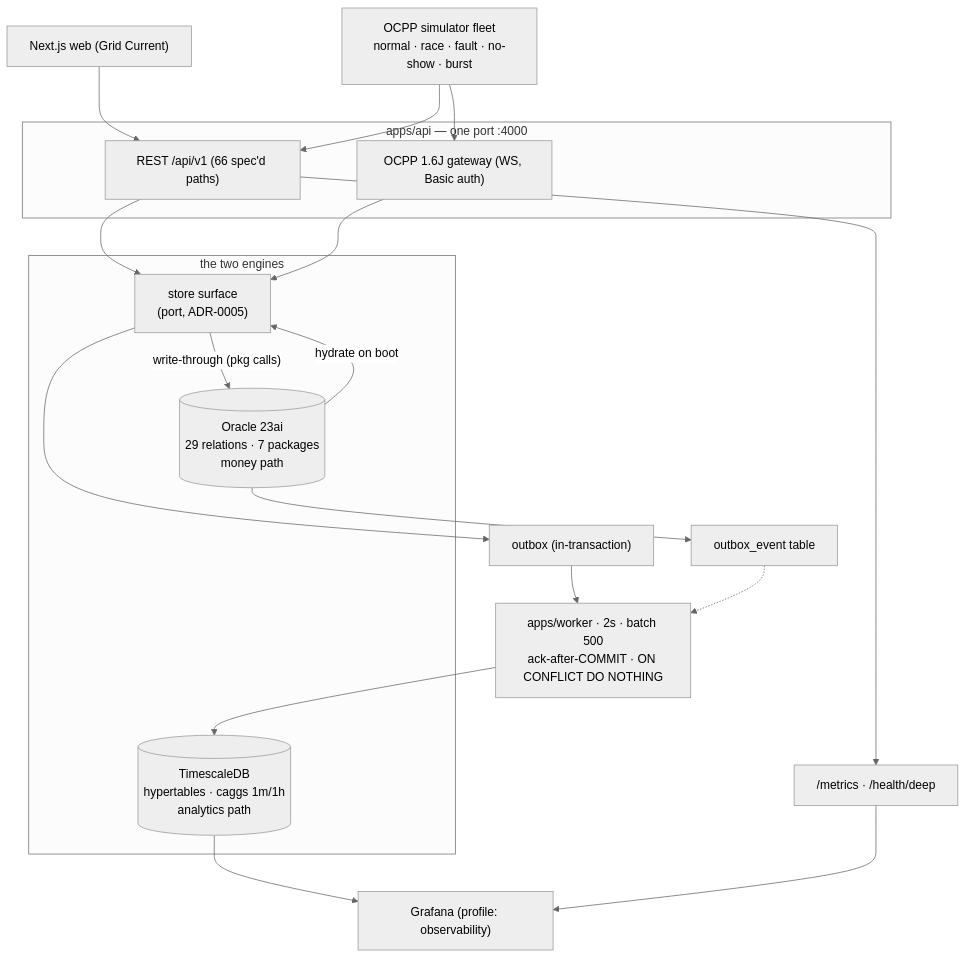
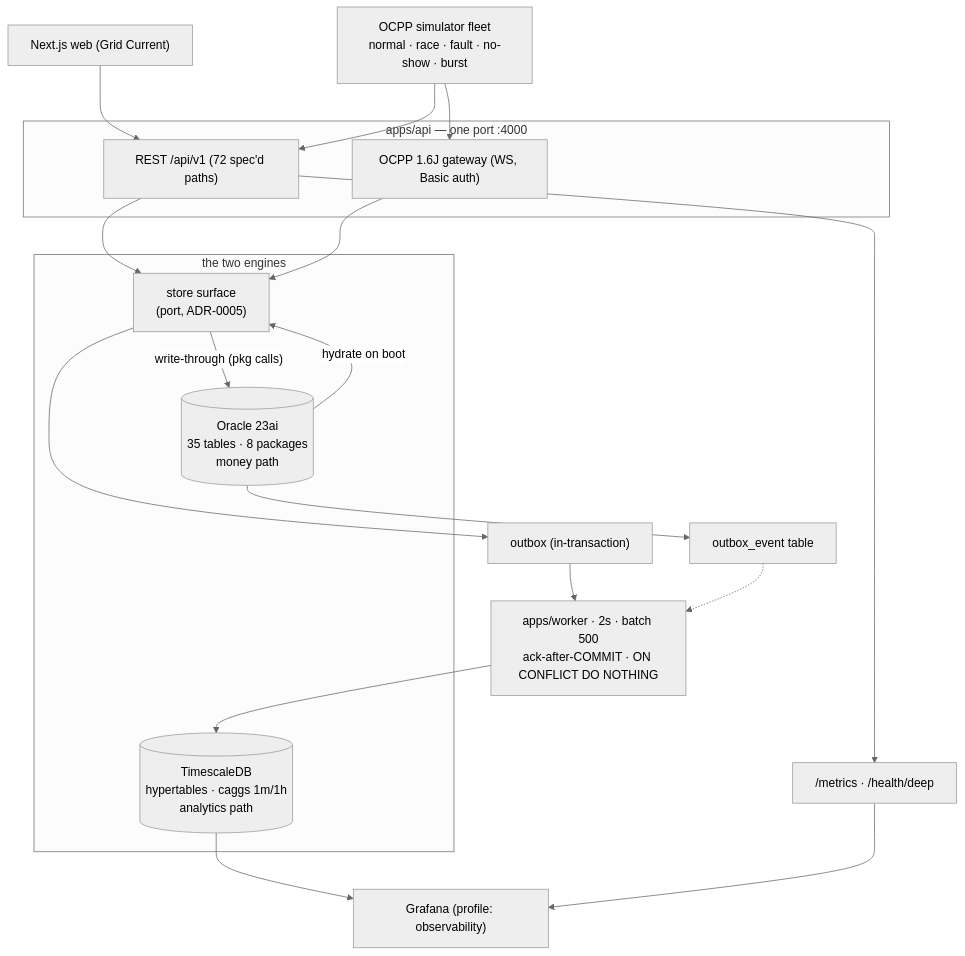
The first of 2 diagrams in ARCHITECTURE.md (humoge7502/VoltHub-CSMS), drawn with Mermaid (neutral theme) before and after one commit. The commit also changed 67 other files, not shown here.

First line of the commit message:
feat(release): v1.8.1 — wallet signature rail, security & money-path fixes, console polish

````diff
--- a/ARCHITECTURE.md
+++ b/ARCHITECTURE.md
@@ -7,26 +7,26 @@
 ```mermaid
 flowchart TB
   W["Next.js web (Grid Current)"] --> REST
   SIM["OCPP simulator fleet<br/>normal · race · fault · no-show · burst"] --> GW
   SIM --> REST
   subgraph API["apps/api — one port :4000"]
-    REST["REST /api/v1 (66 spec'd paths)"]
+    REST["REST /api/v1 (72 spec'd paths)"]
     GW["OCPP 1.6J gateway (WS, Basic auth)"]
   end
   REST --> ST
   GW --> ST
   subgraph ENGINES["the two engines"]
     ST["store surface<br/>(port, ADR-0005)"]
-    ORA[("Oracle 23ai<br/>29 relations · 7 packages<br/>money path")]
+    ORA[("Oracle 23ai<br/>35 tables · 8 packages<br/>money path")]
     TS[("TimescaleDB<br/>hypertables · caggs 1m/1h<br/>analytics path")]
   end
   ST -- "write-through (pkg calls)" --> ORA
   ORA -- "hydrate on boot" --> ST
   ST --> OB["outbox (in-transaction)"]
   ORA --> OBO["outbox_event table"]
   OB --> REL["apps/worker · 2s · batch 500<br/>ack-after-COMMIT · ON CONFLICT DO NOTHING"]
   OBO -.-> REL
   REL --> TS
   TS --> GF["Grafana (profile: observability)"]
   REST --> MX["/metrics · /health/deep"] --> GF
 ```
````
